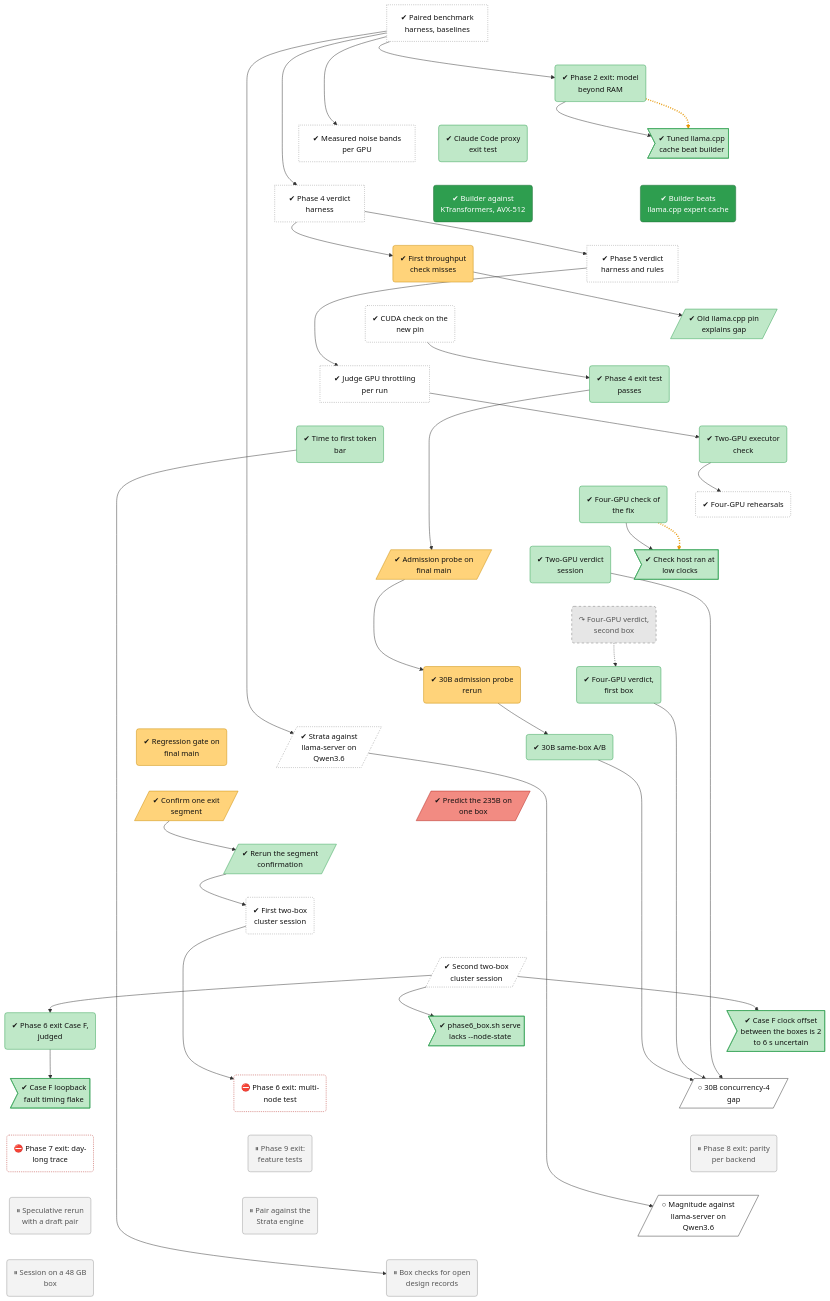
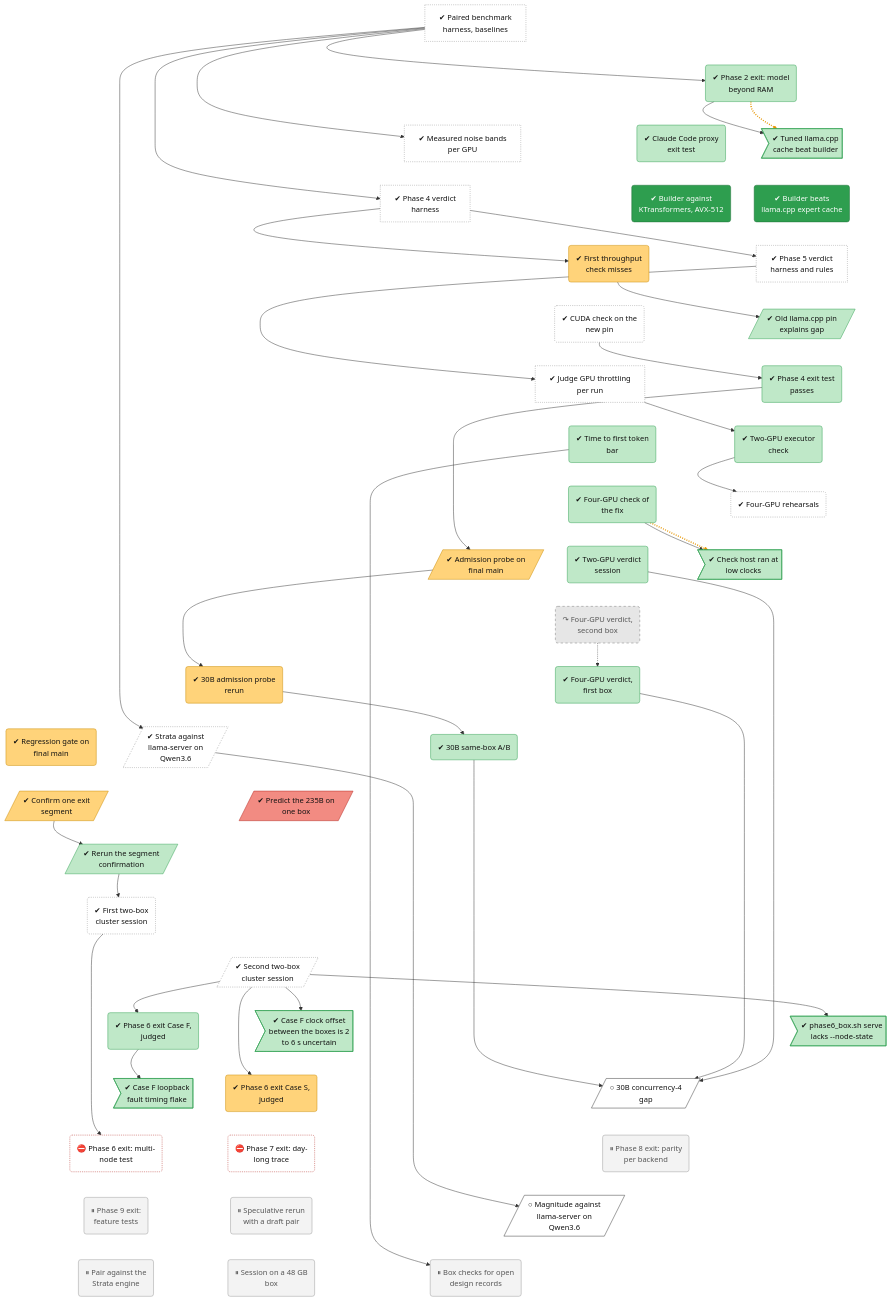
The diagram in docs/roadmap/tracks/bench.md (lhns/tetraeder), drawn with Mermaid before and after one commit. The commit also changed other lines of this file and 15 other files, not shown here.

Commit message:
Phase 6 exit Case S (ADR 0091): pairs 2 and 3 found no usable pair, no download; tree nodes bench-phase6-exit-s and cluster-profile-gpu-cap; no verdict

```diff
--- a/docs/roadmap/tracks/bench.md
+++ b/docs/roadmap/tracks/bench.md
@@ -45,6 +45,7 @@
     bench_phase6_clock_offset>"✔ Case F clock offset<br/>between the boxes is 2<br/>to 6 s uncertain"]
     bench_phase6_serve_node_state>"✔ phase6_box.sh serve<br/>lacks --node-state"]
     bench_phase6_loopback_f_flake>"✔ Case F loopback<br/>fault timing flake"]
+    bench_phase6_exit_s("✔ Phase 6 exit Case S,<br/>judged")
     bench_30b_c4_gap[/"○ 30B concurrency-4<br/>gap"/]
     bench_phase6_exit("⛔ Phase 6 exit: multi-<br/>node test")
     bench_phase7_exit("⛔ Phase 7 exit: day-<br/>long trace")
@@ -95,9 +96,10 @@
     bench_phase6_rehearsal_2 ~~~ bench_phase6_clock_offset
     bench_phase6_rehearsal_2 ~~~ bench_phase6_serve_node_state
     bench_phase6_exit_f ~~~ bench_phase6_loopback_f_flake
-    bench_phase6_clock_offset ~~~ bench_30b_c4_gap
-    bench_phase6_serve_node_state ~~~ bench_phase6_exit
-    bench_phase6_loopback_f_flake ~~~ bench_phase7_exit
+    bench_phase6_clock_offset ~~~ bench_phase6_exit_s
+    bench_phase6_serve_node_state ~~~ bench_30b_c4_gap
+    bench_phase6_loopback_f_flake ~~~ bench_phase6_exit
+    bench_phase6_exit_s ~~~ bench_phase7_exit
     bench_30b_c4_gap ~~~ bench_phase8_exit
     bench_phase6_exit ~~~ bench_phase9_exit
     bench_phase7_exit ~~~ bench_spec_rerun
@@ -105,7 +107,6 @@
     bench_phase9_exit ~~~ bench_strata_pairing
     bench_spec_rerun ~~~ bench_d1_session
     bench_magnitude_q36 ~~~ bench_open_records
-    bench_strata_pairing ~~~ bench_open_records
     bench_harness --> bench_phase2_exit
     bench_phase2_exit -.-> bench_defect_tuned_cache
     bench_phase2_exit --> bench_defect_tuned_cache
@@ -131,6 +132,7 @@
     bench_phase6_rehearsal_2 --> bench_phase6_clock_offset
     bench_phase6_rehearsal_2 --> bench_phase6_serve_node_state
     bench_phase6_exit_f --> bench_phase6_loopback_f_flake
+    bench_phase6_rehearsal_2 --> bench_phase6_exit_s
     bench_v2_verdict --> bench_30b_c4_gap
     bench_v4a_verdict --> bench_30b_c4_gap
     bench_ab30b --> bench_30b_c4_gap
@@ -155,7 +157,7 @@
     class bench_harness,bench_noise_bands,bench_phase4_harness,bench_phase5_harness,bench_pin_confirm,bench_throttle_rules,bench_s3_rehearsal,bench_strata_q36,bench_phase6_rehearsal,bench_phase6_rehearsal_2 unrated
     class bench_phase2_exit,bench_defect_tuned_cache,bench_phase3b_proxy,bench_pin_ab,bench_phase4_exit,bench_s2_step0,bench_ttft,bench_s3f2,bench_defect_s3f2_clock,bench_v2_verdict,bench_v4a_verdict,bench_ab30b,bench_235b_segment_confirm_2,bench_phase6_exit_f,bench_phase6_clock_offset,bench_phase6_serve_node_state,bench_phase6_loopback_f_flake succ
     class bench_m1_point1,bench_m1_point3 vsucc
-    class bench_d2a_rerun,bench_d2a_probe,bench_d2a_30b,bench_regression_gate,bench_235b_segment_confirm mixed
+    class bench_d2a_rerun,bench_d2a_probe,bench_d2a_30b,bench_regression_gate,bench_235b_segment_confirm,bench_phase6_exit_s mixed
     class bench_v4b_verdict dead
     class bench_235b_stream_predict bad
     class bench_30b_c4_gap,bench_magnitude_q36 next
```
